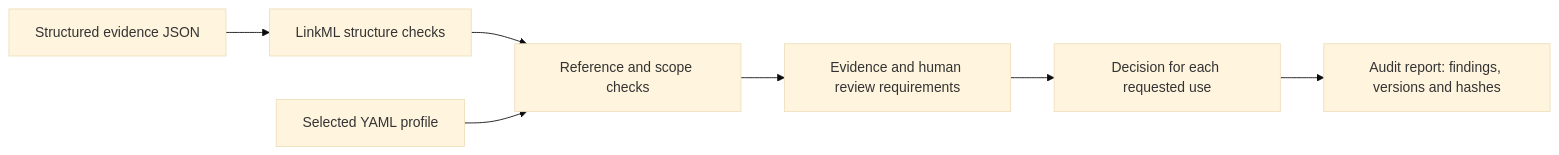
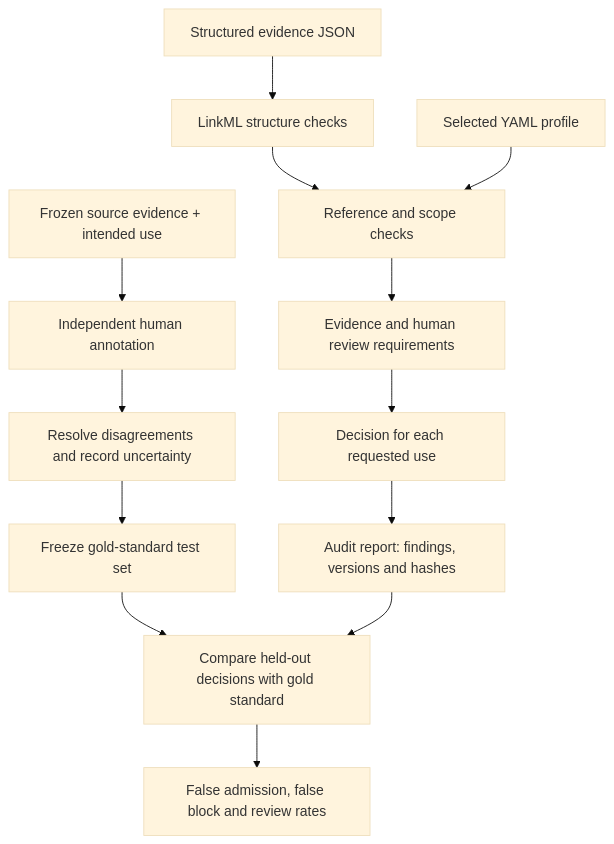
One commit to NingyuSUN/bioai-evidence-validator changed the diagram in README.md. Above: the diagram before and after it, drawn with Mermaid (base theme). The commit also changed other lines of this file and 7 other files, not shown here.

Commit message:
docs: add project-specific gold standard to the main workflow

````diff
--- a/README.md
+++ b/README.md
@@ -15,9 +15,15 @@
 ```mermaid
-flowchart LR
+flowchart TD
     A["Structured evidence JSON"] --> B["LinkML structure checks"]
     B --> C["Reference and scope checks"]
     P["Selected YAML profile"] --> C
     C --> D["Evidence and human review requirements"]
     D --> E["Decision for each requested use"]
     E --> F["Audit report: findings, versions and hashes"]
+    S["Frozen source evidence + intended use"] --> R["Independent human annotation"]
+    R --> J["Resolve disagreements and record uncertainty"]
+    J --> G["Freeze gold-standard test set"]
+    G --> V["Compare held-out decisions with gold standard"]
+    F --> V
+    V --> M["False admission, false block and review rates"]
 ```
````
